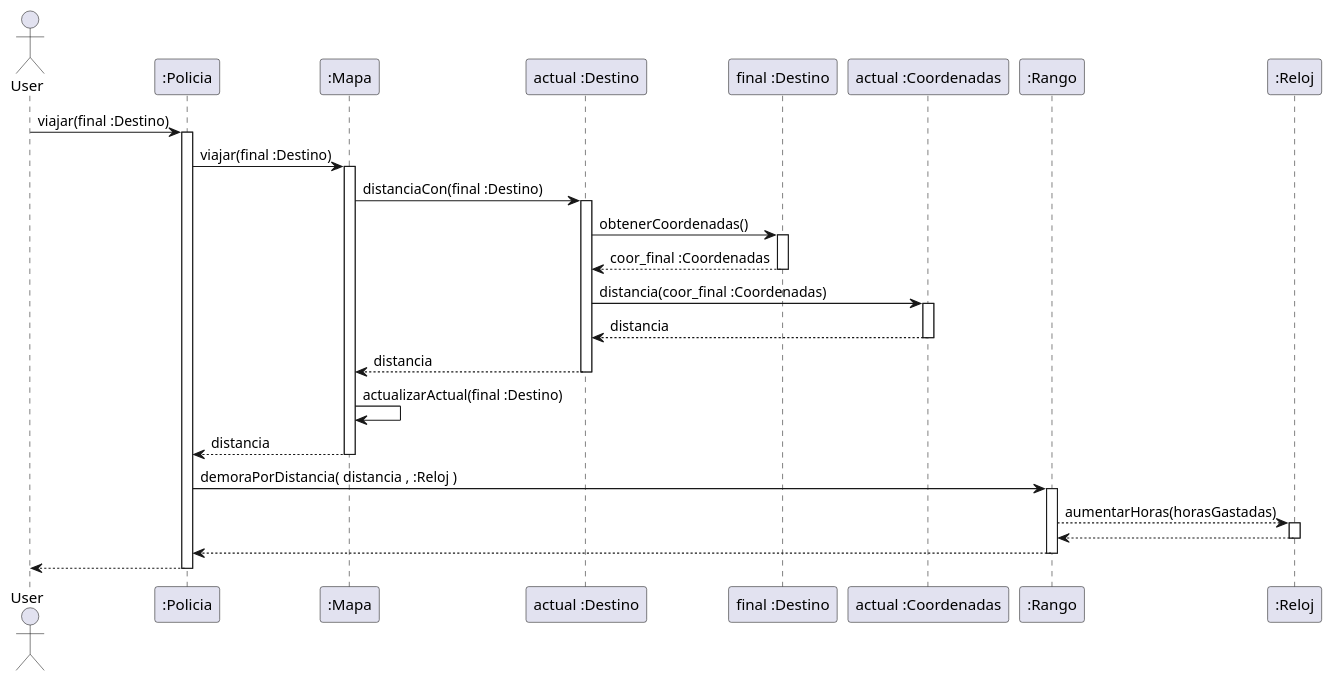
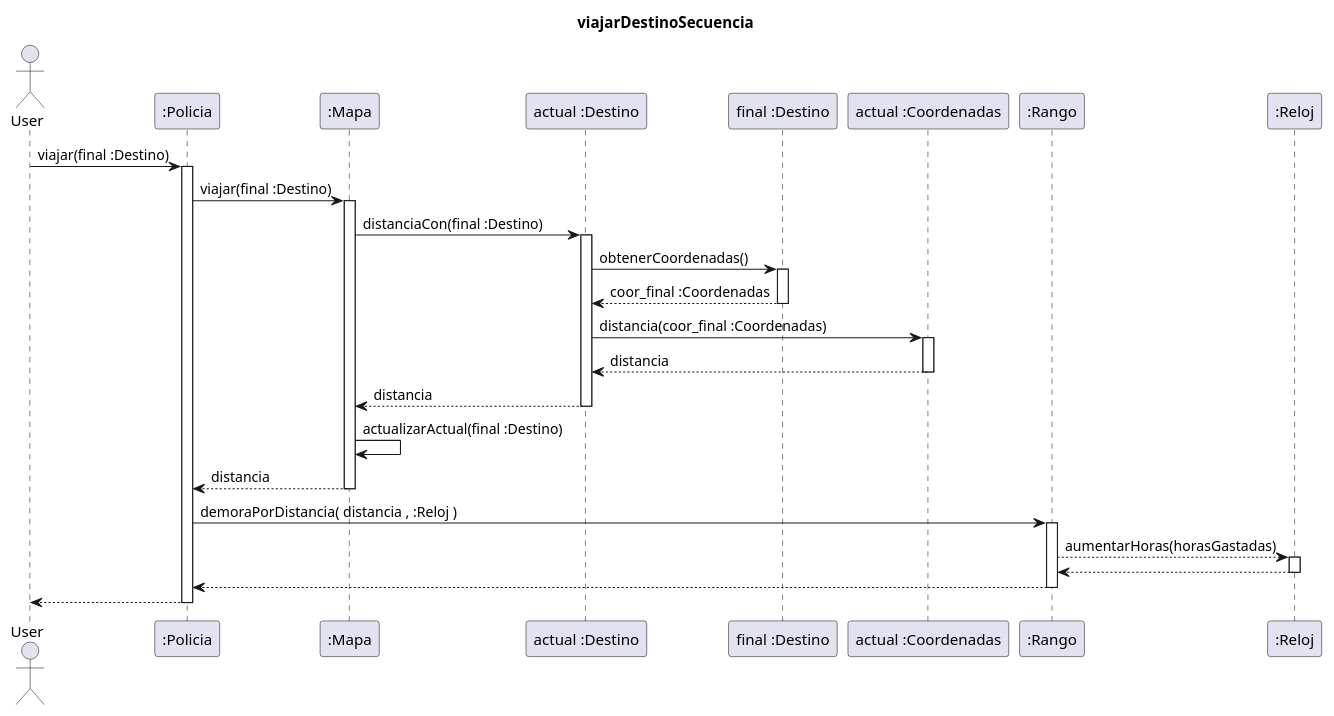
One commit to Nicolas-Bravo/algo3_tp2 changed the diagram in diagrams/sequences/viajarDestinoSecuencia.plantuml. Above: the diagram before and after it, drawn with PlantUML. The commit also changed 3 other files, not shown here.

Commit message:
diagrama entrar edificio

```diff
--- a/diagrams/sequences/viajarDestinoSecuencia.plantuml
+++ b/diagrams/sequences/viajarDestinoSecuencia.plantuml
@@ -1,49 +1,51 @@
 @startuml
+
+title viajarDestinoSecuencia
 
 Actor User
 
 User -> ":Policia" : viajar(final :Destino)
 Activate ":Policia"
 
 ":Policia" -> ":Mapa" : viajar(final :Destino)
 activate ":Mapa"
 
 ":Mapa" -> "actual :Destino" : distanciaCon(final :Destino)
 activate "actual :Destino"
 
 "actual :Destino" -> "final :Destino" : obtenerCoordenadas()
 activate "final :Destino"
 
 "final :Destino" --> "actual :Destino" : coor_final :Coordenadas
 deactivate "final :Destino"
 
 "actual :Destino" -> "actual :Coordenadas" : distancia(coor_final :Coordenadas)
 activate "actual :Coordenadas"
 
 "actual :Coordenadas" --> "actual :Destino" : distancia
 deactivate "actual :Coordenadas"
 
 "actual :Destino" --> ":Mapa" : distancia
 deactivate "actual :Destino"
 
 ":Mapa" -> ":Mapa" : actualizarActual(final :Destino)
 
 ":Mapa" --> ":Policia" : distancia
 deactivate ":Mapa"
 
 ":Policia" -> ":Rango" : demoraPorDistancia( distancia , :Reloj )
 activate ":Rango"
 
 ":Rango" --> ":Reloj" : aumentarHoras(horasGastadas)
 activate ":Reloj"
 
 ":Reloj" --> ":Rango"
 deactivate ":Reloj"
 
 ":Rango" --> ":Policia"
 deactivate ":Rango"
 
 ":Policia" --> User
 deactivate ":Policia"
 
 @enduml
```
